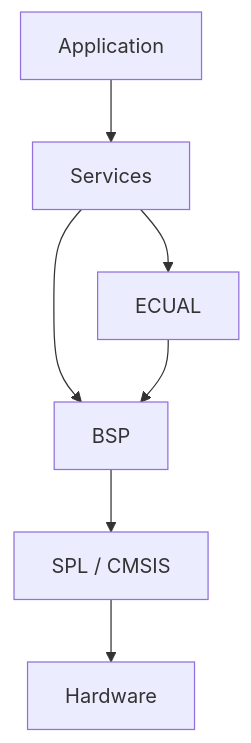
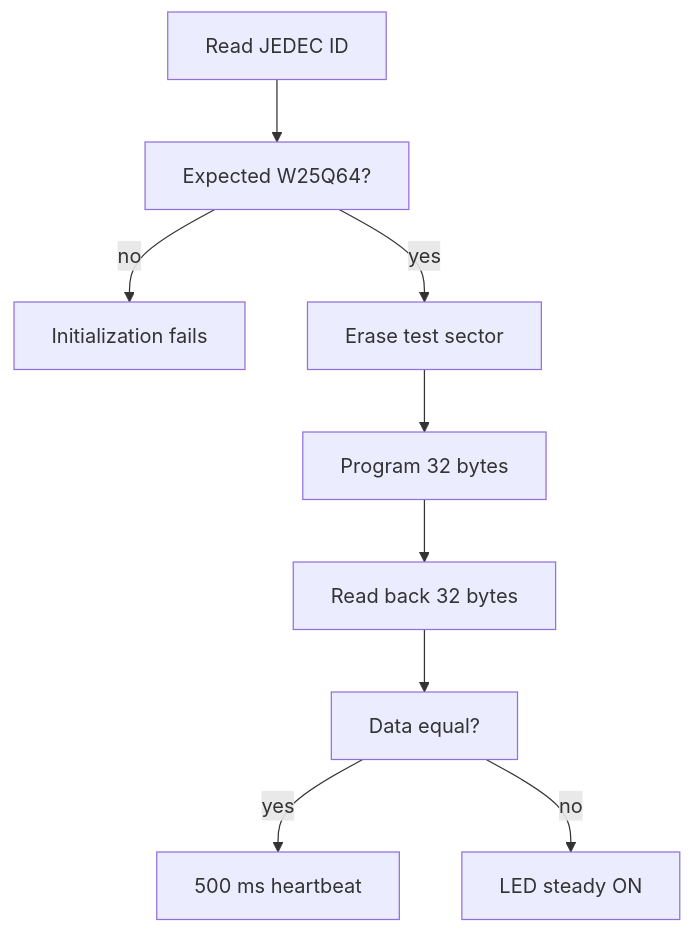
One commit to haikevins/stm32f1-spl-procedural-baremetal changed the diagram in 07-spi-memory/docs/architecture.md. Above: the diagram before and after it, drawn with Mermaid. The commit also changed other lines of this file and 16 other files, not shown here.

````diff
--- a/07-spi-memory/docs/architecture.md
+++ b/07-spi-memory/docs/architecture.md
@@ -41,9 +57,11 @@
 ```mermaid
 flowchart TB
-    APP["Application"] --> SVC["Services"]
-    SVC --> BSP["BSP"]
-    SVC --> ECUAL["ECUAL"]
-    ECUAL --> BSP
-    BSP --> SPL["SPL / CMSIS"]
-    SPL --> HW["Hardware"]
+    INIT["Read JEDEC ID"] --> ID["Expected W25Q64?"]
+    ID -->|"no"| FAILINIT["Initialization fails"]
+    ID -->|"yes"| ERASE["Erase test sector"]
+    ERASE --> PROGRAM["Program 32 bytes"]
+    PROGRAM --> READ["Read back 32 bytes"]
+    READ --> VERIFY["Data equal?"]
+    VERIFY -->|"yes"| HEART["500 ms heartbeat"]
+    VERIFY -->|"no"| SOLID["LED steady ON"]
 ```
````
